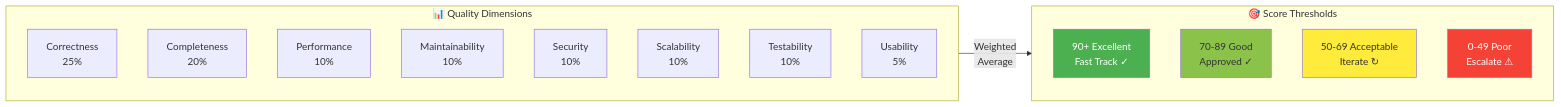
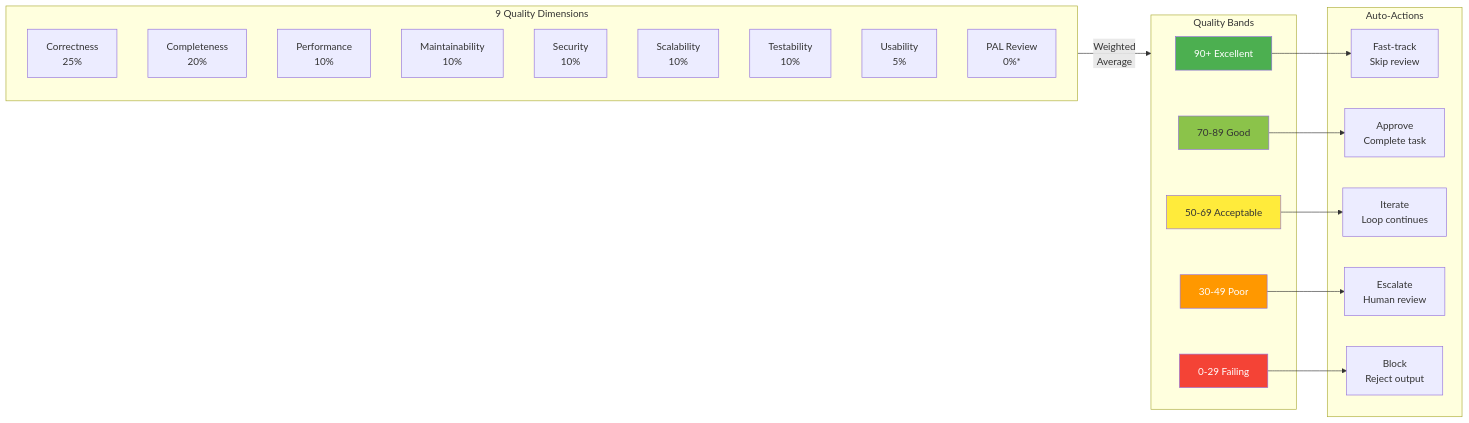
The ninth of 9 diagrams in README.md (Tony363/SuperClaude), drawn with Mermaid before and after one commit. The commit also changed other lines of this file, not shown here.

First line of the commit message:
docs: comprehensive README.md rewrite with updated mermaid diagrams

````diff
--- a/README.md
+++ b/README.md
@@ -564,27 +860,43 @@
 ```mermaid
 flowchart LR
-    subgraph Dimensions["📊 Quality Dimensions"]
+    subgraph Dimensions["9 Quality Dimensions"]
         C["Correctness<br/>25%"]
         CO["Completeness<br/>20%"]
         P["Performance<br/>10%"]
         M["Maintainability<br/>10%"]
         S["Security<br/>10%"]
         SC["Scalability<br/>10%"]
         T["Testability<br/>10%"]
         U["Usability<br/>5%"]
+        PAL["PAL Review<br/>0%*"]
     end
 
-    subgraph Thresholds["🎯 Score Thresholds"]
-        E["90+ Excellent<br/>Fast Track ✓"]
-        G["70-89 Good<br/>Approved ✓"]
-        A["50-69 Acceptable<br/>Iterate ↻"]
-        F["0-49 Poor<br/>Escalate ⚠"]
+    subgraph Bands["Quality Bands"]
+        E["90+ Excellent"]
+        G["70-89 Good"]
+        A["50-69 Acceptable"]
+        P2["30-49 Poor"]
+        F["0-29 Failing"]
     end
 
-    Dimensions -->|"Weighted<br/>Average"| Thresholds
+    subgraph Actions["Auto-Actions"]
+        FT["Fast-track<br/>Skip review"]
+        AP["Approve<br/>Complete task"]
+        IT["Iterate<br/>Loop continues"]
+        ES["Escalate<br/>Human review"]
+        BL["Block<br/>Reject output"]
+    end
+
+    Dimensions -->|"Weighted<br/>Average"| Bands
+    E --> FT
+    G --> AP
+    A --> IT
+    P2 --> ES
+    F --> BL
 
     style E fill:#4caf50,color:#fff
     style G fill:#8bc34a
     style A fill:#ffeb3b
+    style P2 fill:#ff9800,color:#fff
     style F fill:#f44336,color:#fff
 ```
````
